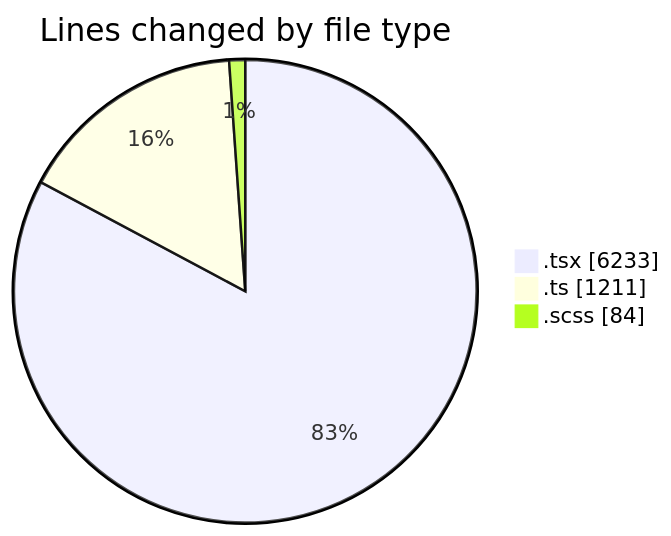
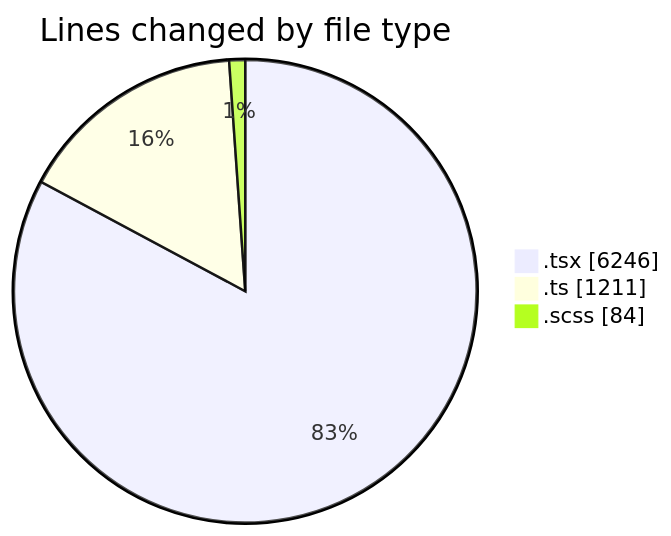
One commit to momahboobian/code-tracking changed the first of 2 diagrams in 2025-07-02/cda/README.md. Above: the diagram before and after it, drawn with Mermaid. The commit also changed other lines of this file and 1 other file, not shown here.

````diff
--- a/2025-07-02/cda/README.md
+++ b/2025-07-02/cda/README.md
@@ -38,7 +38,7 @@
 ```mermaid
 pie showData
 title Lines changed by file type
-".tsx" : 6233
+".tsx" : 6246
 ".ts" : 1211
 ".scss" : 84
 ```
````
